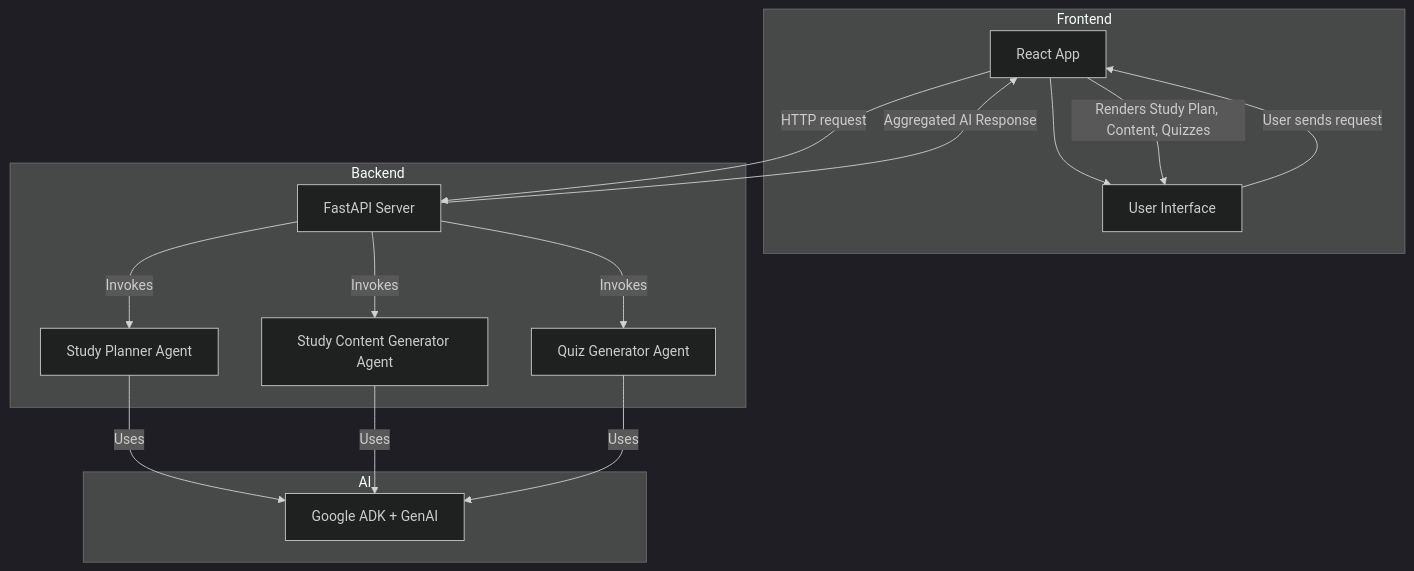
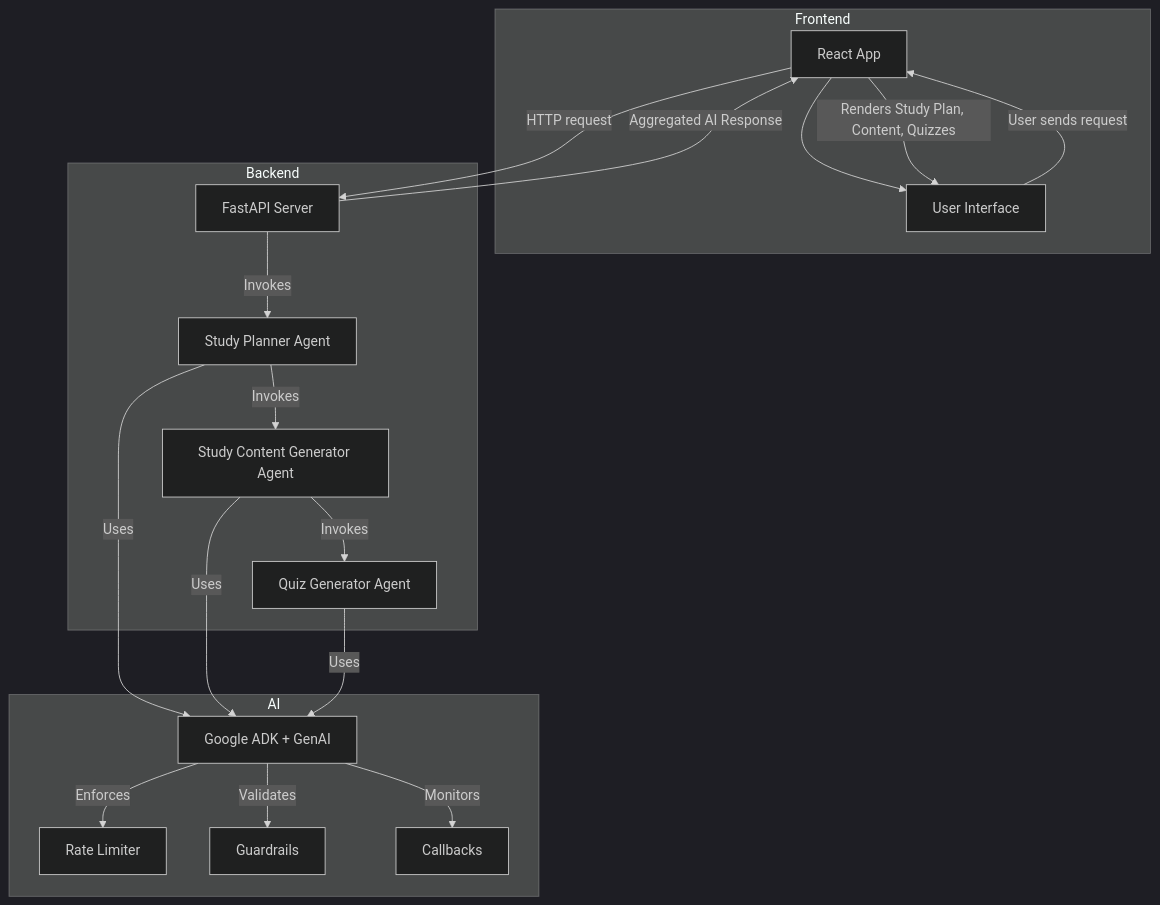
Before and after one commit to ajay2696/learning_assistant: the diagram in README.md, drawn with Mermaid (dark theme). The commit also changed other lines of this file, not shown here.

````diff
--- a/README.md
+++ b/README.md
@@ -7,29 +7,34 @@
 ```mermaid
 graph TD
     subgraph Frontend
         A[React App] --> B[User Interface]
     end
 
     subgraph Backend
         C[FastAPI Server]
         C1[Study Planner Agent]
         C2[Study Content Generator Agent]
         C3[Quiz Generator Agent]
         C -->|Invokes| C1
-        C -->|Invokes| C2
-        C -->|Invokes| C3
+        C1 -->|Invokes| C2
+        C2 -->|Invokes| C3
     end
 
     subgraph AI
         D[Google ADK + GenAI]
+        D1[Rate Limiter]
+        D2[Guardrails]
+        D3[Callbacks]
+        D -->|Enforces| D1
+        D -->|Validates| D2
+        D -->|Monitors| D3
     end
 
     B -->|User sends request| A
     A -->|HTTP request| C
     C1 -->|Uses| D
     C2 -->|Uses| D
     C3 -->|Uses| D
     C -->|Aggregated AI Response| A
     A -->|Renders Study Plan, Content, Quizzes| B
-
 ```
````
